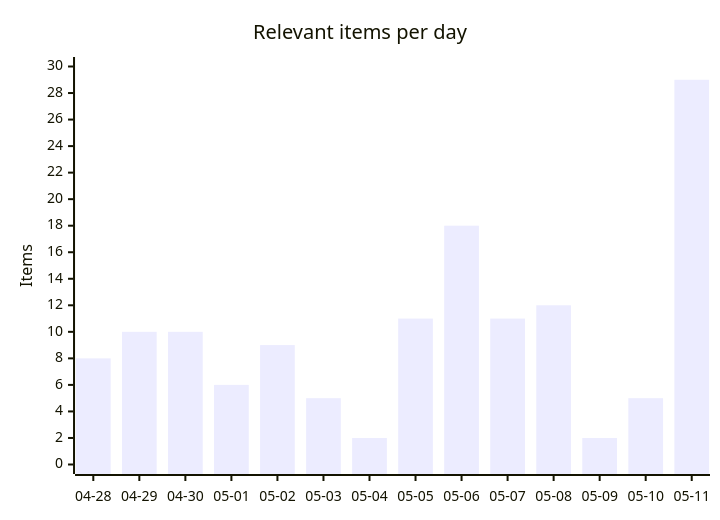
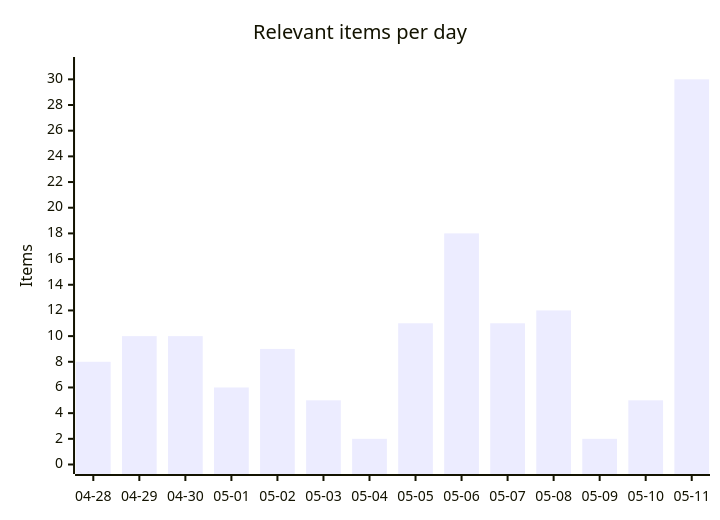
The first of 4 diagrams in README.md (martinbalfanz/social-scanner-reports), drawn with Mermaid before and after one commit. The commit also changed other lines of this file and 2 other files, not shown here.

````diff
--- a/README.md
+++ b/README.md
@@ -30,7 +30,7 @@
 ```mermaid
 xychart-beta
     title "Relevant items per day"
     x-axis ["04-28", "04-29", "04-30", "05-01", "05-02", "05-03", "05-04", "05-05", "05-06", "05-07", "05-08", "05-09", "05-10", "05-11"]
-    y-axis "Items" 0 --> 30
-    bar [8, 10, 10, 6, 9, 5, 2, 11, 18, 11, 12, 2, 5, 29]
+    y-axis "Items" 0 --> 31
+    bar [8, 10, 10, 6, 9, 5, 2, 11, 18, 11, 12, 2, 5, 30]
 ```
````
